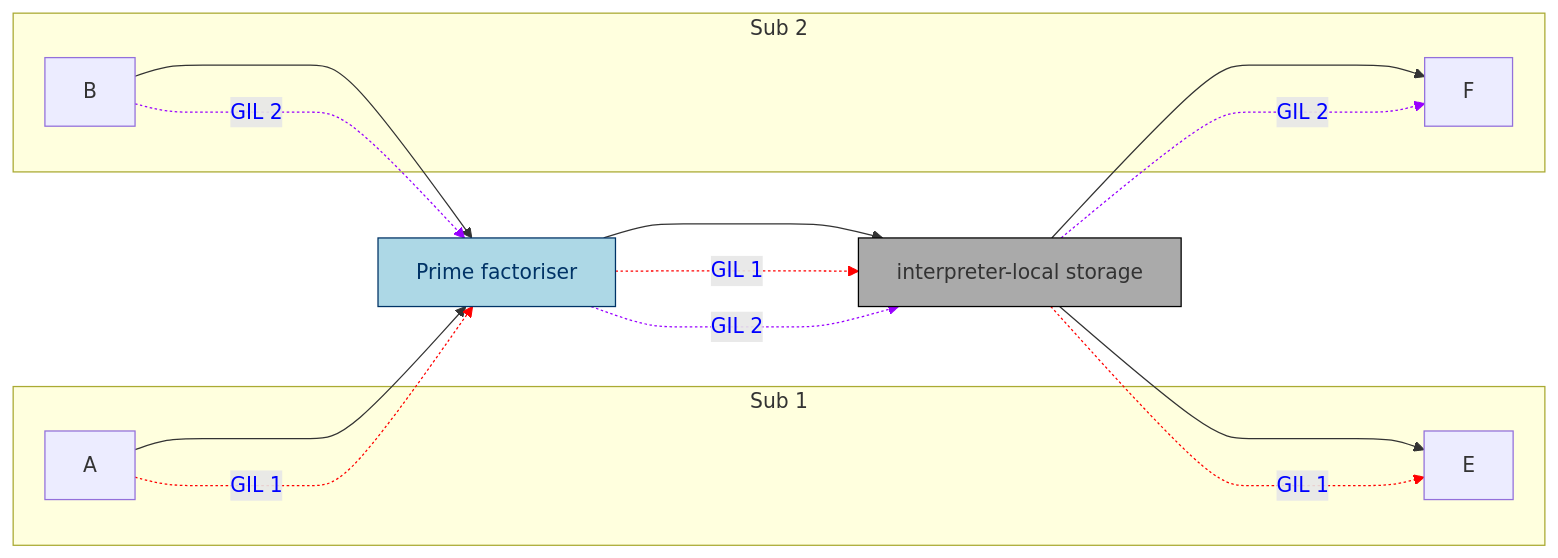
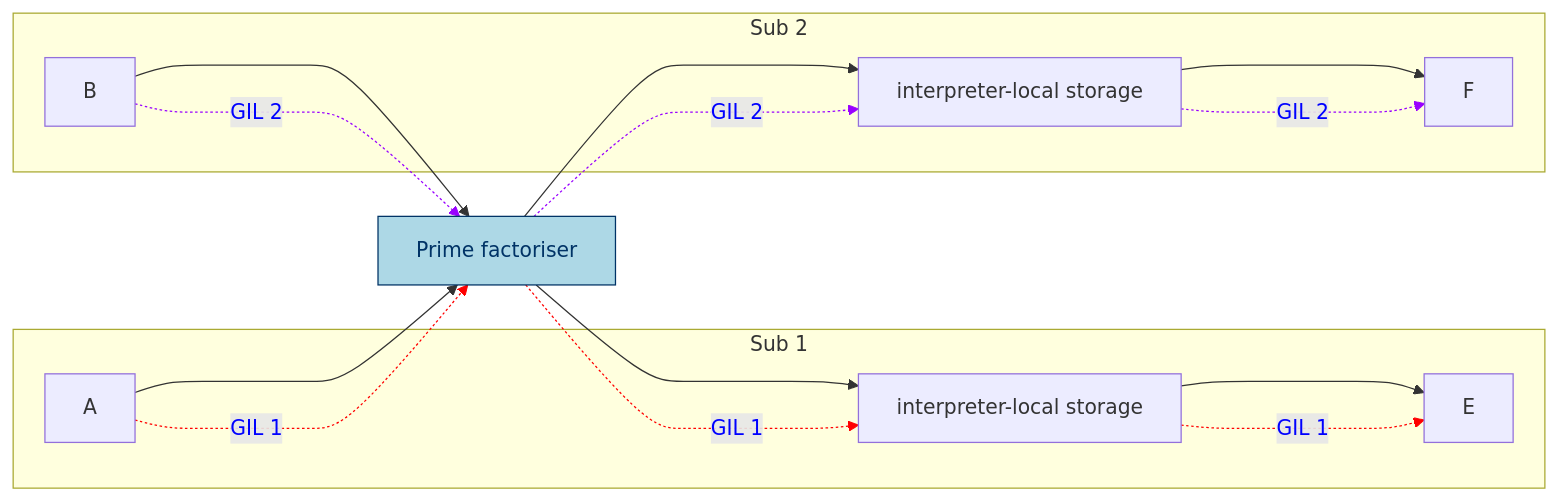
Before and after one commit to TobiasWrigstad/peps: diagram 11 of 12 in pep795.md, drawn with Mermaid. The commit also changed other lines of this file, not shown here.

````diff
--- a/pep795.md
+++ b/pep795.md
@@ -997,32 +1027,34 @@
 ```mermaid
 graph LR
   subgraph Sub 1
     A[A]
+    D1[interpreter-local storage]
     E[E]
   end
 
   subgraph Sub 2
     B[B]
+    D2[interpreter-local storage]
     F[F]
   end
 
   C[Prime factoriser]:::imm
-  D[interpreter-local storage]:::fake_imm
 
   A ----> C
   B ----> C
-  C ----> D
-  D ----> E
-  D ----> F
+  C ----> D1
+  C ----> D2
+  D1 ----> E
+  D2 ----> F
   A -. GIL 1 .-> C
-  C -. GIL 1 .-> D
-  D -. GIL 1 .-> E
+  C -. GIL 1 .-> D1
+  D1 -. GIL 1 .-> E
   B -. GIL 2 .-> C
-  C -. GIL 2 .-> D
-  D -. GIL 2 .-> F
+  C -. GIL 2 .-> D2
+  D2 -. GIL 2 .-> F
 
   classDef imm fill:#ADD8E6,stroke:#003366,stroke-width:1px,color:#003366;
   classDef fake_imm fill:#aaa,stroke:#000,stroke-width:1px;
-  linkStyle 5,6,7 stroke:#f00,stroke-width:1px,color:blue;
-  linkStyle 8,9,10 stroke:#90f,stroke-width:1px,color:blue;
+  linkStyle 6,7,8 stroke:#f00,stroke-width:1px,color:blue;
+  linkStyle 9,10,11 stroke:#90f,stroke-width:1px,color:blue;
 ```
````
